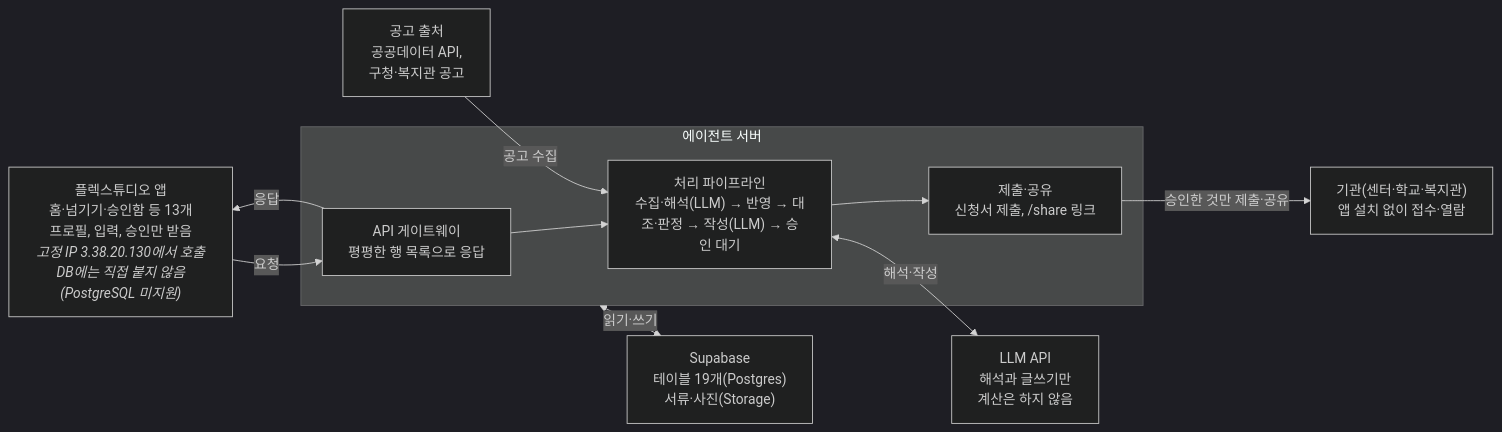
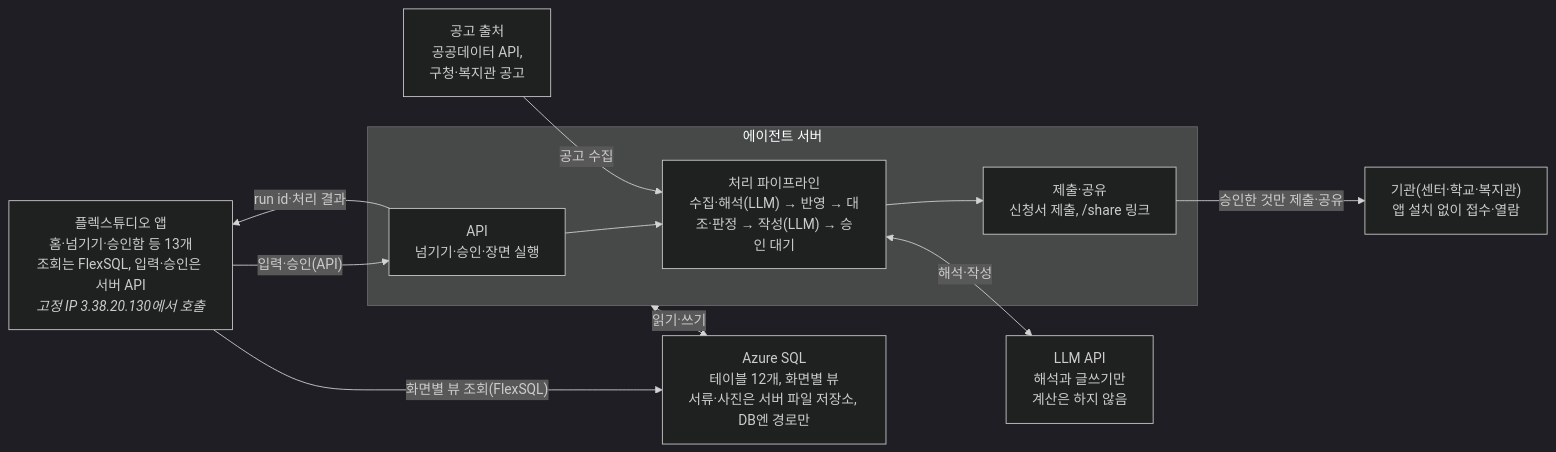
The diagram in 이음-MVP-스펙.md (NiceTry3675/Individual-Resource-Planning-for-Kids), drawn with Mermaid (dark theme) before and after one commit. The commit also changed other lines of this file and 1 other file, not shown here.

First line of the commit message:
docs: MVP 스펙을 Azure SQL·FlexSQL 기준으로 바꾸고 시연 범위에 맞춰 줄임

````diff
--- a/이음-MVP-스펙.md
+++ b/이음-MVP-스펙.md
@@ -42,20 +42,21 @@
 ```mermaid
 flowchart LR
-    APP["플렉스튜디오 앱<br/>홈·넘기기·승인함 등 13개<br/>프로필, 입력, 승인만 받음<br/><i>고정 IP 3.38.20.130에서 호출<br/>DB에는 직접 붙지 않음(PostgreSQL 미지원)</i>"]
+    APP["플렉스튜디오 앱<br/>홈·넘기기·승인함 등 13개<br/>조회는 FlexSQL, 입력·승인은 서버 API<br/><i>고정 IP 3.38.20.130에서 호출</i>"]
     subgraph SERVER["에이전트 서버"]
-        GW["API 게이트웨이<br/>평평한 행 목록으로 응답"]
+        GW["API<br/>넘기기·승인·장면 실행"]
         PIPE["처리 파이프라인<br/>수집·해석(LLM) → 반영 → 대조·판정 → 작성(LLM) → 승인 대기"]
         OUT["제출·공유<br/>신청서 제출, /share 링크"]
         GW --> PIPE --> OUT
     end
     SRC["공고 출처<br/>공공데이터 API,<br/>구청·복지관 공고"]
     LLM["LLM API<br/>해석과 글쓰기만<br/>계산은 하지 않음"]
-    DB["Supabase<br/>테이블 19개(Postgres)<br/>서류·사진(Storage)"]
+    DB["Azure SQL<br/>테이블 12개, 화면별 뷰<br/>서류·사진은 서버 파일 저장소, DB엔 경로만"]
     ORG["기관(센터·학교·복지관)<br/>앱 설치 없이 접수·열람"]
-    APP -- "요청" --> GW
-    GW -- "응답" --> APP
+    APP -- "입력·승인(API)" --> GW
+    GW -- "run id·처리 결과" --> APP
+    APP -- "화면별 뷰 조회(FlexSQL)" --> DB
     SRC -- "공고 수집" --> PIPE
     PIPE <-- "해석·작성" --> LLM
     SERVER <-- "읽기·쓰기" --> DB
     OUT -- "승인한 것만 제출·공유" --> ORG
 ```
````
